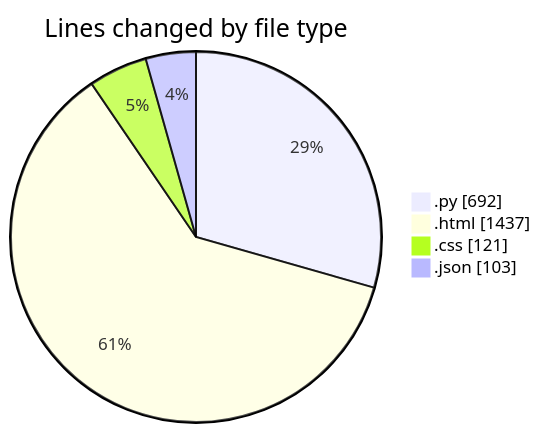
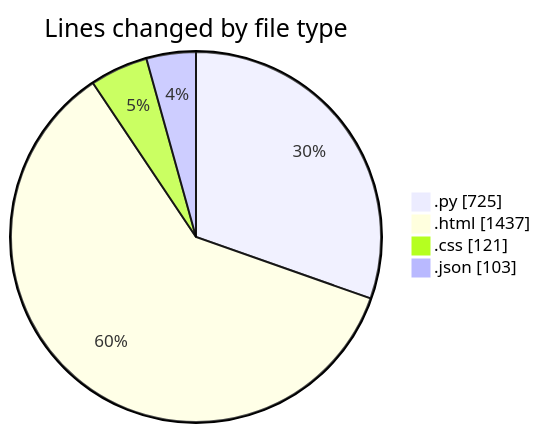
Before and after one commit to Elitesun/code-tracking: the first of 2 diagrams in 2025-01-31/flask/README.md, drawn with Mermaid. The commit also changed other lines of this file and 1 other file, not shown here.

````diff
--- a/2025-01-31/flask/README.md
+++ b/2025-01-31/flask/README.md
@@ -27,8 +27,8 @@
 ```mermaid
 pie showData
 title Lines changed by file type
-".py" : 692
+".py" : 725
 ".html" : 1437
 ".css" : 121
 ".json" : 103
 ```
````
